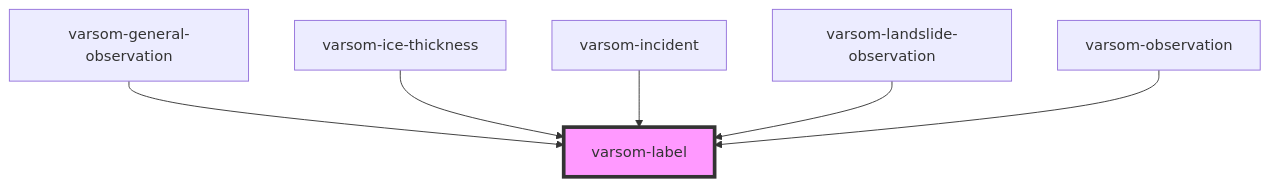
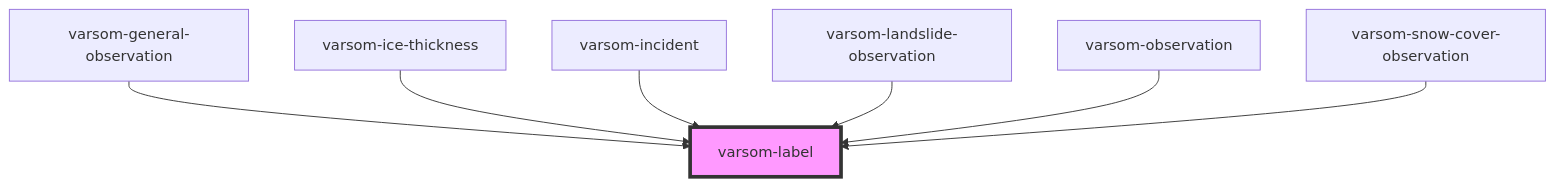
The diagram in observasjonskort/src/components/varsom-label/readme.md (NVE/varsom-observation), drawn with Mermaid before and after one commit. The commit also changed other lines of this file and 5 other files, not shown here.

Commit message:
updatet component snow cover obs

````diff
--- a/observasjonskort/src/components/varsom-label/readme.md
+++ b/observasjonskort/src/components/varsom-label/readme.md
@@ -26,9 +27,10 @@
 ```mermaid
 graph TD;
   varsom-general-observation --> varsom-label
   varsom-ice-thickness --> varsom-label
   varsom-incident --> varsom-label
   varsom-landslide-observation --> varsom-label
   varsom-observation --> varsom-label
+  varsom-snow-cover-observation --> varsom-label
   style varsom-label fill:#f9f,stroke:#333,stroke-width:4px
 ```
````
